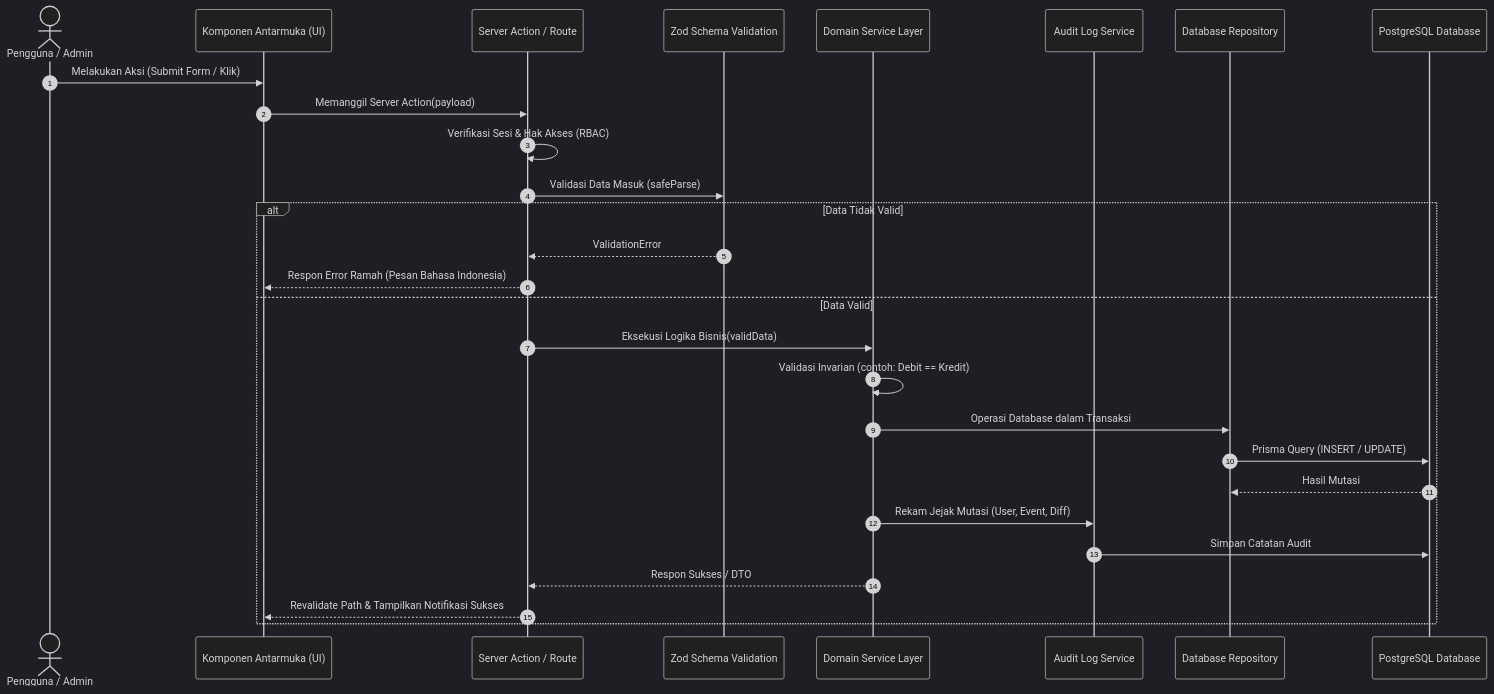
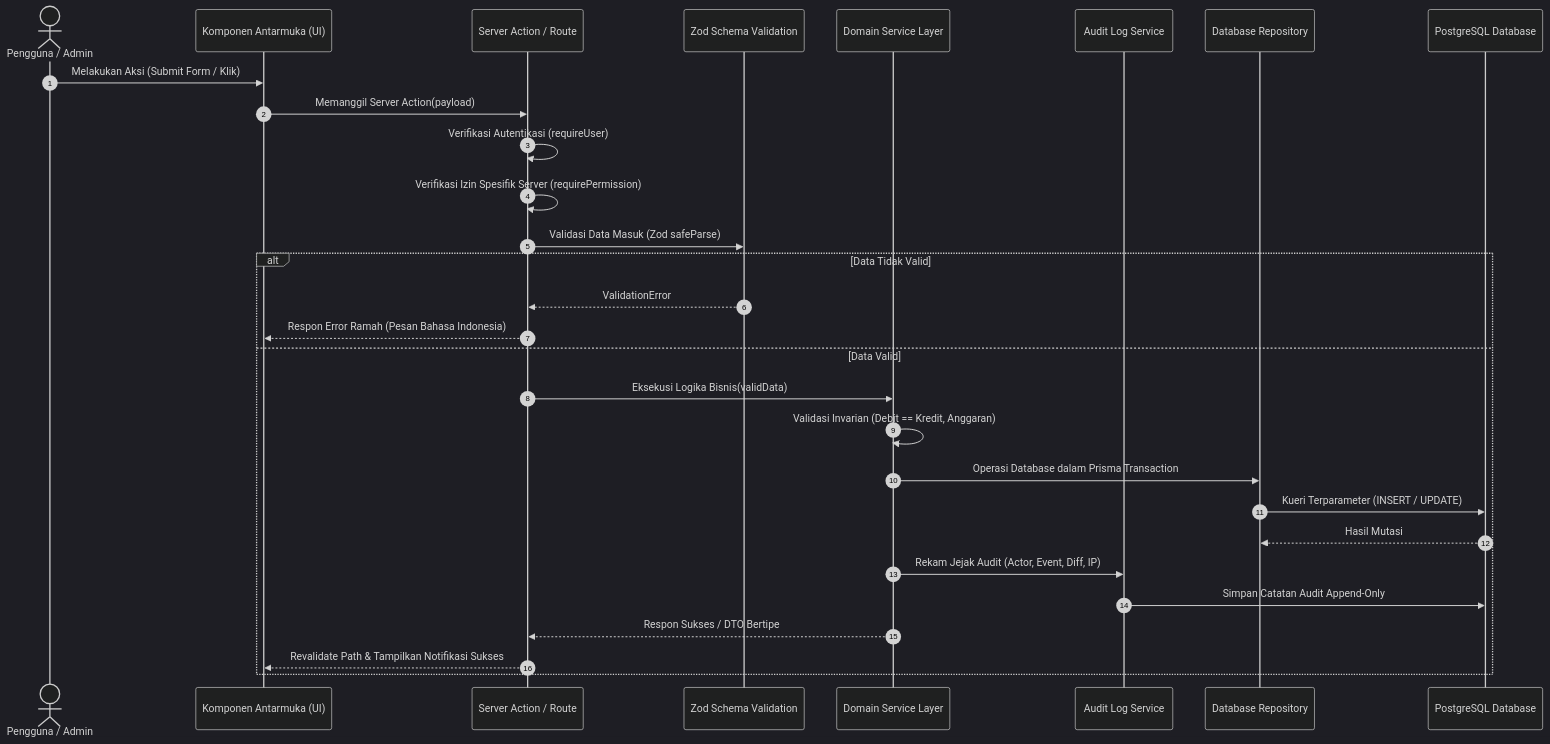
The first of 3 diagrams in docs/ARCHITECTURE.md (SunnFlower47/yayasan-nurjaman), drawn with Mermaid (dark theme) before and after one commit. The commit also changed other lines of this file and 5 other files, not shown here.

Commit message:
docs(roadmap): reorganisasi master plan 11 fase dan penyelarasan panduan [ID: 0006]

````diff
--- a/docs/ARCHITECTURE.md
+++ b/docs/ARCHITECTURE.md
@@ -93,31 +101,32 @@
 ```mermaid
 sequenceDiagram
     autonumber
     actor Pengguna as Pengguna / Admin
     participant UI as Komponen Antarmuka (UI)
     participant Action as Server Action / Route
     participant Schema as Zod Schema Validation
     participant Service as Domain Service Layer
     participant Audit as Audit Log Service
     participant Repo as Database Repository
     participant DB as PostgreSQL Database
 
     Pengguna->>UI: Melakukan Aksi (Submit Form / Klik)
     UI->>Action: Memanggil Server Action(payload)
-    Action->>Action: Verifikasi Sesi & Hak Akses (RBAC)
-    Action->>Schema: Validasi Data Masuk (safeParse)
+    Action->>Action: Verifikasi Autentikasi (requireUser)
+    Action->>Action: Verifikasi Izin Spesifik Server (requirePermission)
+    Action->>Schema: Validasi Data Masuk (Zod safeParse)
     alt Data Tidak Valid
         Schema-->>Action: ValidationError
         Action-->>UI: Respon Error Ramah (Pesan Bahasa Indonesia)
     else Data Valid
         Action->>Service: Eksekusi Logika Bisnis(validData)
-        Service->>Service: Validasi Invarian (contoh: Debit == Kredit)
-        Service->>Repo: Operasi Database dalam Transaksi
-        Repo->>DB: Prisma Query (INSERT / UPDATE)
+        Service->>Service: Validasi Invarian (Debit == Kredit, Anggaran)
+        Service->>Repo: Operasi Database dalam Prisma Transaction
+        Repo->>DB: Kueri Terparameter (INSERT / UPDATE)
         DB-->>Repo: Hasil Mutasi
-        Service->>Audit: Rekam Jejak Mutasi (User, Event, Diff)
-        Audit->>DB: Simpan Catatan Audit
-        Service-->>Action: Respon Sukses / DTO
+        Service->>Audit: Rekam Jejak Audit (Actor, Event, Diff, IP)
+        Audit->>DB: Simpan Catatan Audit Append-Only
+        Service-->>Action: Respon Sukses / DTO Bertipe
         Action-->>UI: Revalidate Path & Tampilkan Notifikasi Sukses
     end
 ```
````
